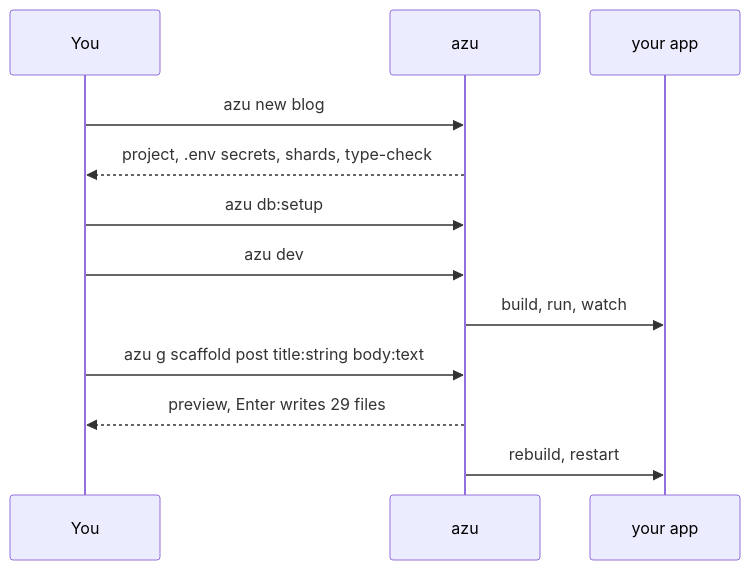
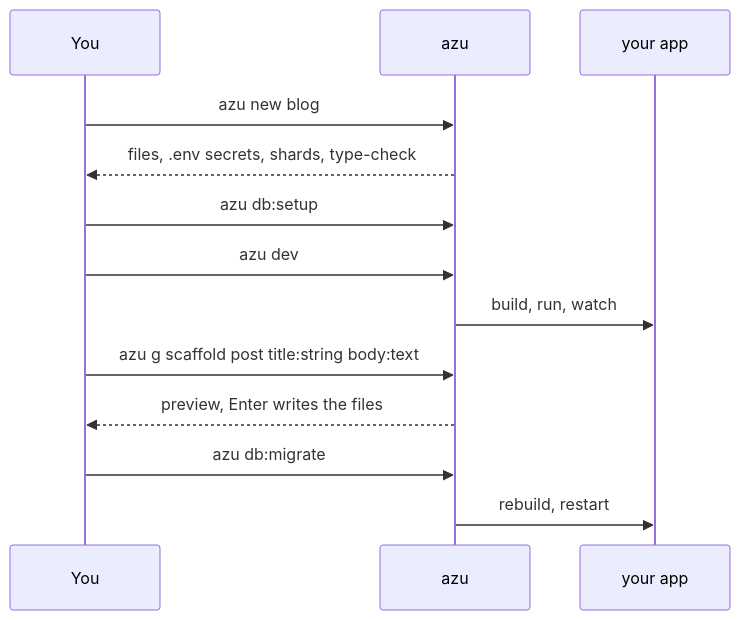
One commit to azutoolkit/azu_cli changed the diagram in docs/getting-started/quickstart.md. Above: the diagram before and after it, drawn with Mermaid. The commit also changed other lines of this file and 11 other files, not shown here.

````diff
--- a/docs/getting-started/quickstart.md
+++ b/docs/getting-started/quickstart.md
@@ -10,14 +13,15 @@
 ```mermaid
 sequenceDiagram
   participant You
   participant CLI as azu
   participant App as your app
   You->>CLI: azu new blog
-  CLI-->>You: project, .env secrets, shards, type-check
+  CLI-->>You: files, .env secrets, shards, type-check
   You->>CLI: azu db:setup
   You->>CLI: azu dev
   CLI->>App: build, run, watch
   You->>CLI: azu g scaffold post title:string body:text
-  CLI-->>You: preview, Enter writes 29 files
+  CLI-->>You: preview, Enter writes the files
+  You->>CLI: azu db:migrate
   CLI->>App: rebuild, restart
 ```
````
